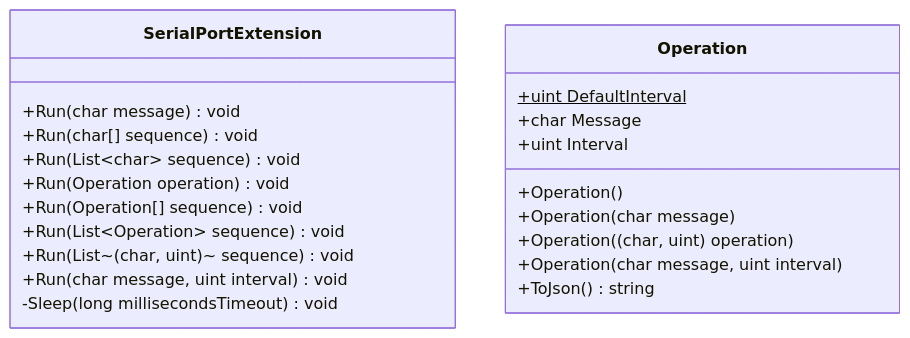
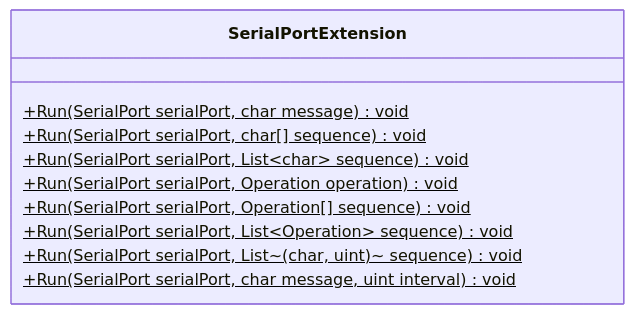
The first of 4 diagrams in README.md (u1f992/Sunameri), drawn with Mermaid before and after one commit. The commit also changed other lines of this file, not shown here.

````diff
--- a/README.md
+++ b/README.md
@@ -55,26 +55,13 @@
 ```mermaid
 classDiagram
 class SerialPortExtension {
-    +Run(char message) void
-    +Run(char[] sequence) void
-    +Run(List~char~ sequence) void
-    +Run(Operation operation) void
-    +Run(Operation[] sequence) void
-    +Run(List~Operation~ sequence) void
-    +Run(List~(char, uint)~ sequence) void
-    +Run(char message, uint interval) void
-    -Sleep(long millisecondsTimeout) void
-}
-
-class Operation {
-    +uint DefaultInterval$
-    +char Message
-    +uint Interval
-
-    +Operation()
-    +Operation(char message)
-    +Operation((char, uint) operation)
-    +Operation(char message, uint interval)
-    +ToJson() string
+    +Run(SerialPort serialPort, char message)$ void
+    +Run(SerialPort serialPort, char[] sequence)$ void
+    +Run(SerialPort serialPort, List~char~ sequence)$ void
+    +Run(SerialPort serialPort, Operation operation)$ void
+    +Run(SerialPort serialPort, Operation[] sequence)$ void
+    +Run(SerialPort serialPort, List~Operation~ sequence)$ void
+    +Run(SerialPort serialPort, List~(char, uint)~ sequence)$ void
+    +Run(SerialPort serialPort, char message, uint interval)$ void
 }
 ```
````
